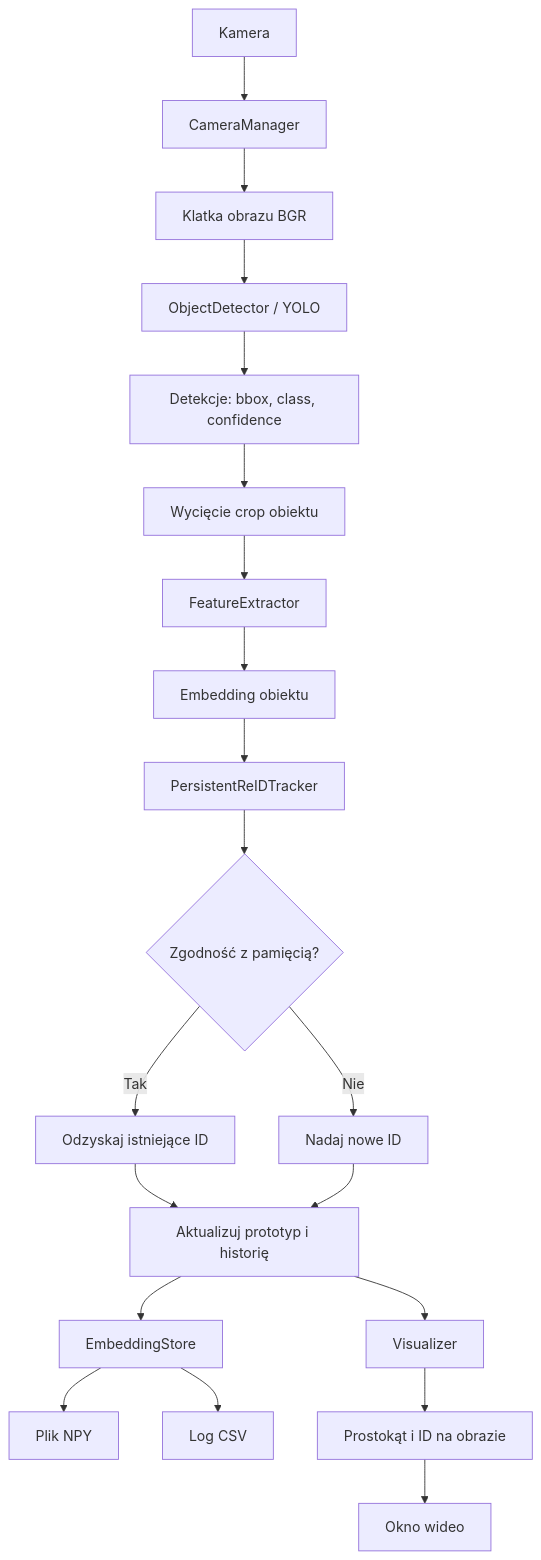
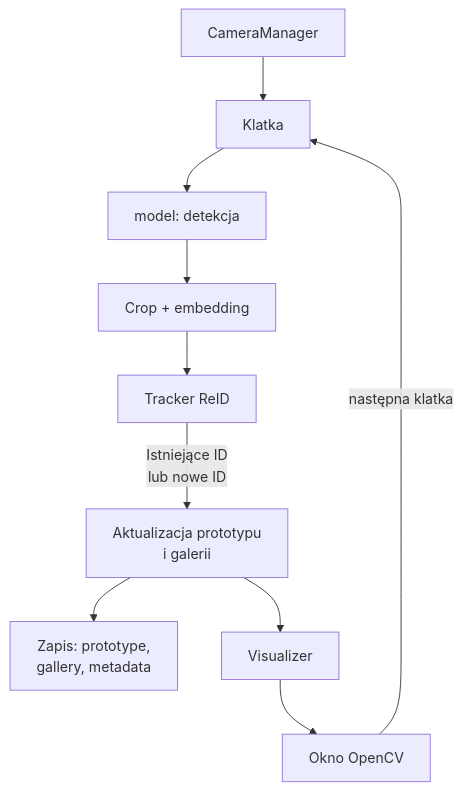
Before and after one commit to 217-wolf/project_jetson_renode: the diagram in Obsidian Vault/source_docs/pipeline_reid.md, drawn with Mermaid. The commit also changed other lines of this file and 6 other files, not shown here.

````diff
--- a/Obsidian Vault/source_docs/pipeline_reid.md
+++ b/Obsidian Vault/source_docs/pipeline_reid.md
@@ -11,22 +16,13 @@
 ```mermaid
-flowchart TD
-    A[Kamera] --> B[CameraManager]
-    B --> C[Klatka obrazu BGR]
-    C --> D[ObjectDetector / YOLO]
-    D --> E[Detekcje: bbox, class, confidence]
-    E --> F[Wycięcie crop obiektu]
-    F --> G[FeatureExtractor]
-    G --> H[Embedding obiektu]
-    H --> I[PersistentReIDTracker]
-    I --> J{Zgodność z pamięcią?}
-    J -->|Tak| K[Odzyskaj istniejące ID]
-    J -->|Nie| L[Nadaj nowe ID]
-    K --> M[Aktualizuj prototyp i historię]
-    L --> M
-    M --> N[EmbeddingStore]
-    N --> O[Plik NPY]
-    N --> P[Log CSV]
-    M --> Q[Visualizer]
-    Q --> R[Prostokąt i ID na obrazie]
-    R --> S[Okno wideo]
+flowchart
+    A[CameraManager] --> B[Klatka]
+    B --> C[model: detekcja]
+    C --> D[Crop + embedding]
+    D --> E[Tracker ReID]
+    E --> |Istniejące ID<br/>lub nowe ID| G
+    G[Aktualizacja prototypu<br/>i galerii]
+    G --> H[Zapis: prototype,<br/>gallery, metadata]
+    G --> I[Visualizer]
+    I --> J[Okno OpenCV]
+    J -->|następna klatka| B
 ```
````
